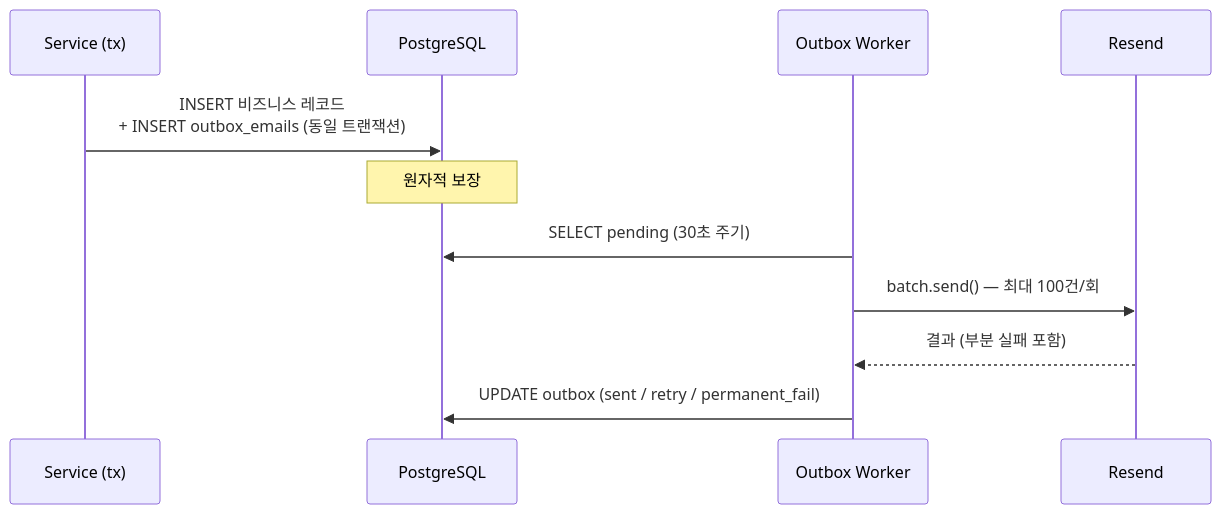
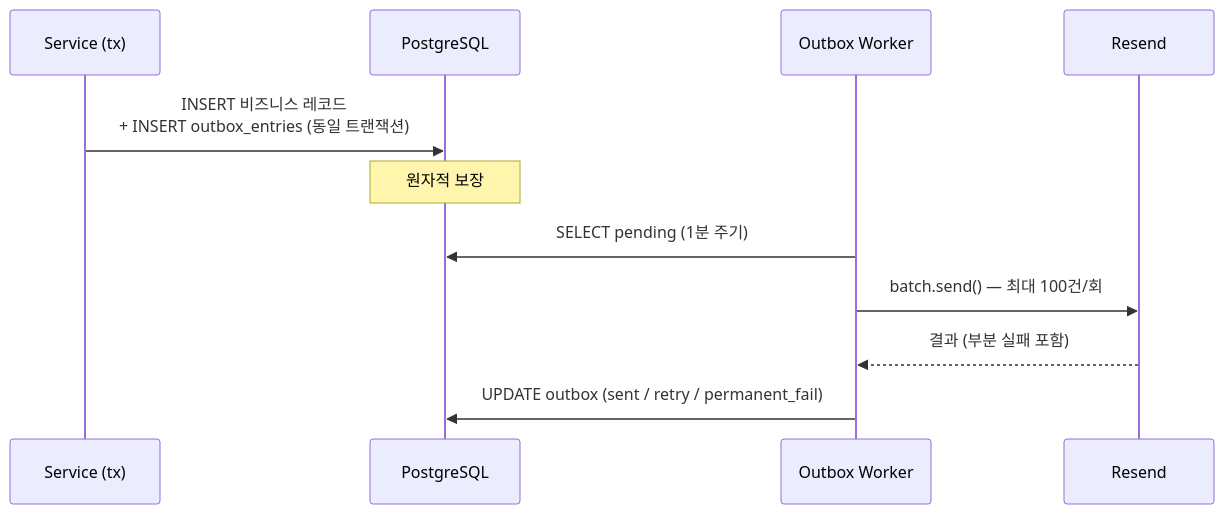
Before and after one commit to bothsides-platform-dev/supporter-b: the third of 3 diagrams in README.md, drawn with Mermaid. The commit also changed other lines of this file and 3 other files, not shown here.

````diff
--- a/README.md
+++ b/README.md
@@ -120,14 +119,14 @@
 ```mermaid
 sequenceDiagram
     participant SVC as Service (tx)
     participant DB as PostgreSQL
     participant Cron as Outbox Worker
     participant Resend
 
-    SVC->>DB: INSERT 비즈니스 레코드<br/>+ INSERT outbox_emails (동일 트랜잭션)
+    SVC->>DB: INSERT 비즈니스 레코드<br/>+ INSERT outbox_entries (동일 트랜잭션)
     Note over DB: 원자적 보장
-    Cron->>DB: SELECT pending (30초 주기)
+    Cron->>DB: SELECT pending (1분 주기)
     Cron->>Resend: batch.send() — 최대 100건/회
     Resend-->>Cron: 결과 (부분 실패 포함)
     Cron->>DB: UPDATE outbox (sent / retry / permanent_fail)
 ```
````
